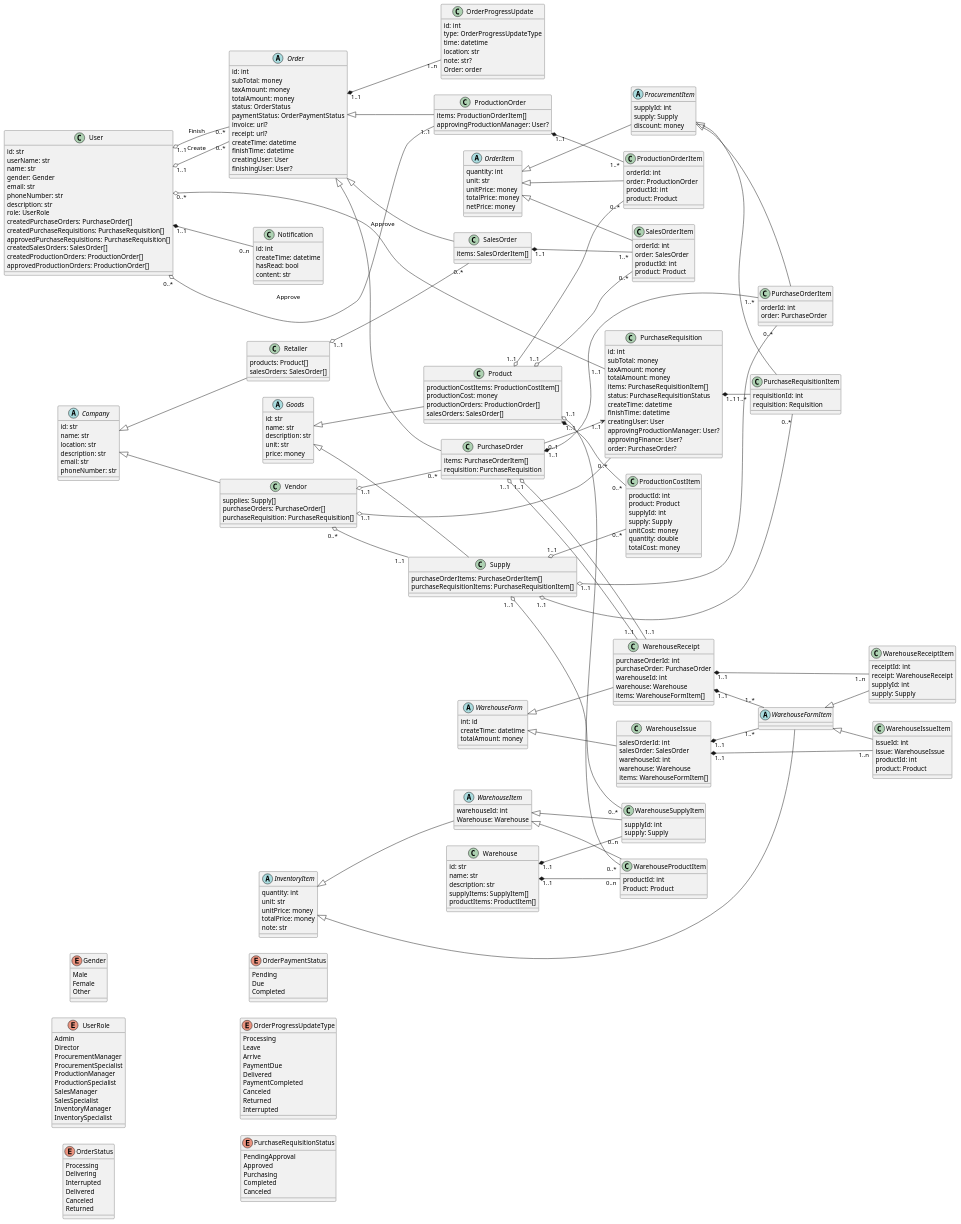
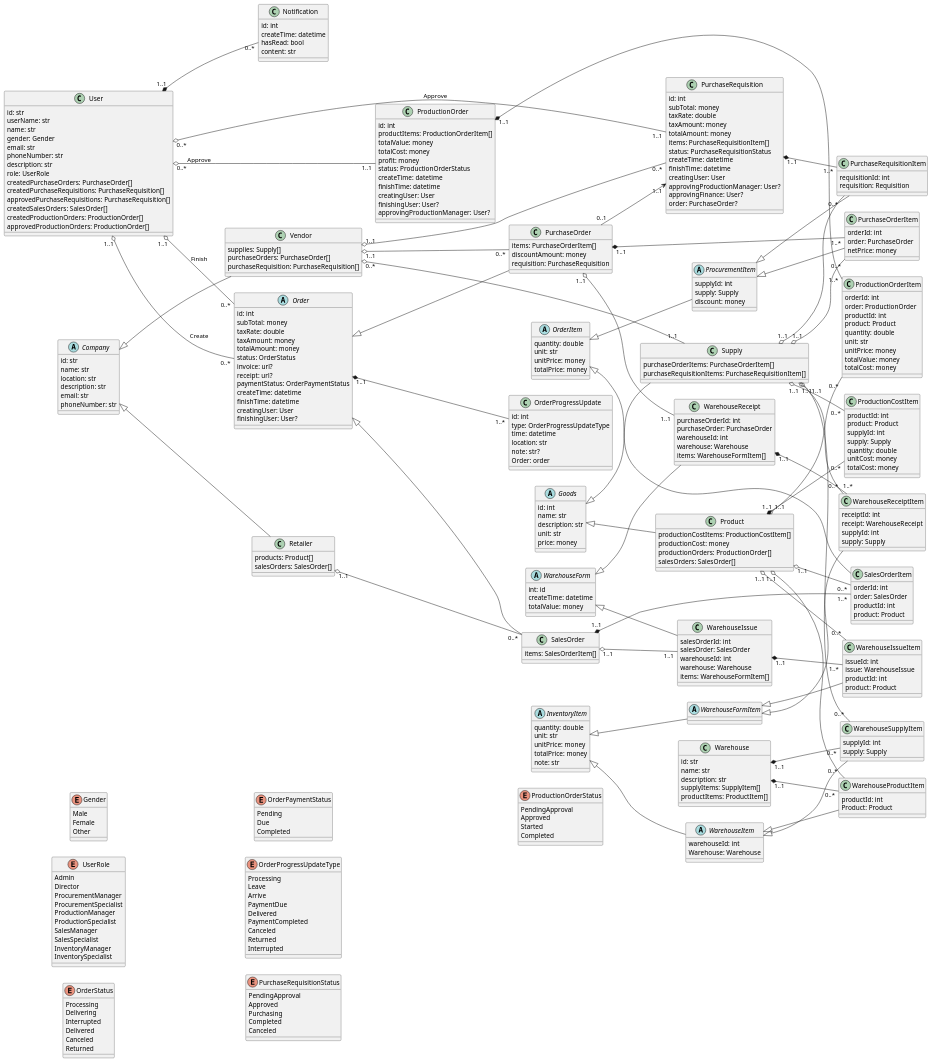
Before and after one commit to phihungha/scmss-reqs: the diagram in classes/classes.plantuml, drawn with PlantUML. The commit also changed 5 other files, not shown here.

```diff
--- a/classes/classes.plantuml
+++ b/classes/classes.plantuml
@@ -43,7 +43,7 @@
     hasRead: bool
     content: str
 }
-User "1..1" *-- "0..n" Notification
+User "1..1" *-- "0..*" Notification
 
 abstract Company {
     id: str
@@ -69,7 +69,7 @@
 Company <|-- Retailer
 
 abstract Goods {
-    id: str
+    id: int
     name: str
     description: str
     unit: str
@@ -97,8 +97,8 @@
     product: Product
     supplyId: int
     supply: Supply
+    quantity: double
     unitCost: money
-    quantity: double
     totalCost: money
 }
 Product "1..1" *-- "0..*" ProductionCostItem
@@ -122,12 +122,13 @@
 abstract Order {
     id: int
     subTotal: money
+    taxRate: double
     taxAmount: money
     totalAmount: money
     status: OrderStatus
-    paymentStatus: OrderPaymentStatus
     invoice: url?
     receipt: url?
+    paymentStatus: OrderPaymentStatus
     createTime: datetime
     finishTime: datetime
     creatingUser: User
@@ -137,11 +138,10 @@
 User "1..1" o-- "0..*" Order : Finish
 
 abstract OrderItem {
-    quantity: int
+    quantity: double
     unit: str
     unitPrice: money
     totalPrice: money
-    netPrice: money
 }
 
 enum OrderProgressUpdateType {
@@ -164,7 +164,7 @@
     note: str?
     Order: order
 }
-Order "1..1" *-- "1..n" OrderProgressUpdate
+Order "1..1" *-- "1..*" OrderProgressUpdate
 
 abstract ProcurementItem {
     supplyId: int
@@ -184,6 +184,7 @@
 class PurchaseRequisition {
     id: int
     subTotal: money
+    taxRate: double
     taxAmount: money
     totalAmount: money
     items: PurchaseRequisitionItem[]
@@ -208,6 +209,7 @@
 
 class PurchaseOrder {
     items: PurchaseOrderItem[]
+    discountAmount: money
     requisition: PurchaseRequisition
 }
 Order <|-- PurchaseOrder
@@ -217,6 +219,7 @@
 class PurchaseOrderItem {
     orderId: int
     order: PurchaseOrder
+    netPrice: money
 }
 ProcurementItem <|-- PurchaseOrderItem
 PurchaseOrder "1..1" *-- "1..*" PurchaseOrderItem
@@ -238,11 +241,26 @@
 SalesOrder "1..1" *-- "1..*" SalesOrderItem
 Product "1..1" o-- "0..*" SalesOrderItem
 
+enum ProductionOrderStatus {
+    PendingApproval
+    Approved
+    Started
+    Completed
+}
+
 class ProductionOrder {
-    items: ProductionOrderItem[]
+    id: int
+    productItems: ProductionOrderItem[]
+    totalValue: money
+    totalCost: money
+    profit: money
+    status: ProductionOrderStatus
+    createTime: datetime
+    finishTime: datetime
+    creatingUser: User
+    finishingUser: User?
     approvingProductionManager: User?
 }
-Order <|-- ProductionOrder
 User "0..*" o-- "1..1" ProductionOrder : Approve
 
 class ProductionOrderItem {
@@ -250,13 +268,17 @@
     order: ProductionOrder
     productId: int
     product: Product
+    quantity: double
+    unit: str
+    unitPrice: money
+    totalValue: money
+    totalCost: money
 }
-OrderItem <|-- ProductionOrderItem
 ProductionOrder "1..1" *-- "1..*" ProductionOrderItem
 Product "1..1" o-- "0..*" ProductionOrderItem
 
 abstract InventoryItem {
-    quantity: int
+    quantity: double
     unit: str
     unitPrice: money
     totalPrice: money
@@ -282,7 +304,7 @@
     supply: Supply
 }
 WarehouseItem <|-- WarehouseSupplyItem
-Warehouse "1..1" *-- "0..n" WarehouseSupplyItem
+Warehouse "1..1" *-- "0..*" WarehouseSupplyItem
 Supply "1..1" o-- "0..*" WarehouseSupplyItem
 
 class WarehouseProductItem {
@@ -290,13 +312,13 @@
     Product: Product
 }
 WarehouseItem <|-- WarehouseProductItem
-Warehouse "1..1" *-- "0..n" WarehouseProductItem
+Warehouse "1..1" *-- "0..*" WarehouseProductItem
 Product "1..1" o-- "0..*" WarehouseProductItem
 
 abstract WarehouseForm {
     int: id
     createTime: datetime
-    totalAmount: money
+    totalValue: money
 }
 
 abstract WarehouseFormItem
@@ -310,8 +332,7 @@
     items: WarehouseFormItem[]
 }
 WarehouseForm <|-- WarehouseIssue
-WarehouseIssue "1..1" *-- "1..*" WarehouseFormItem
-PurchaseOrder "1..1" o-- "1..1" WarehouseReceipt
+SalesOrder "1..1" o-- "1..1" WarehouseIssue
 
 class WarehouseIssueItem {
     issueId: int
@@ -320,7 +341,8 @@
     product: Product
 }
 WarehouseFormItem <|-- WarehouseIssueItem
-WarehouseIssue "1..1" *-- "1..n" WarehouseIssueItem
+WarehouseIssue "1..1" *-- "1..*" WarehouseIssueItem
+Product "1..1" o-- "0..*" WarehouseIssueItem
 
 class WarehouseReceipt {
     purchaseOrderId: int
@@ -330,7 +352,6 @@
     items: WarehouseFormItem[]
 }
 WarehouseForm <|-- WarehouseReceipt
-WarehouseReceipt "1..1" *-- "1..*" WarehouseFormItem
 PurchaseOrder "1..1" o-- "1..1" WarehouseReceipt
 
 class WarehouseReceiptItem {
@@ -340,5 +361,6 @@
     supply: Supply
 }
 WarehouseFormItem <|-- WarehouseReceiptItem
-WarehouseReceipt "1..1" *-- "1..n" WarehouseReceiptItem
+WarehouseReceipt "1..1" *-- "1..*" WarehouseReceiptItem
+Supply "1..1" o-- "0..*" WarehouseReceiptItem
 @enduml
```
